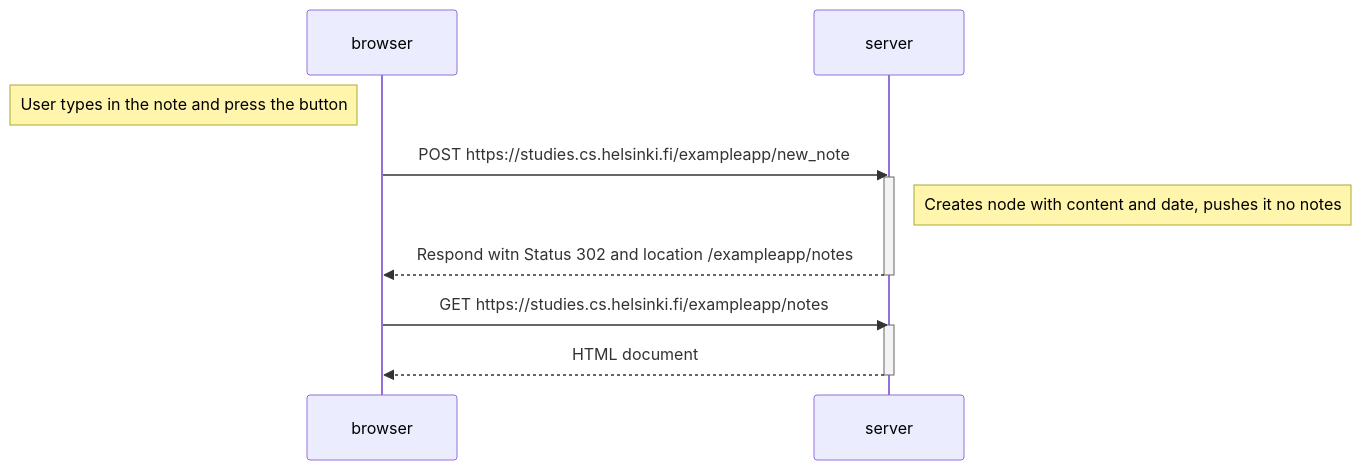
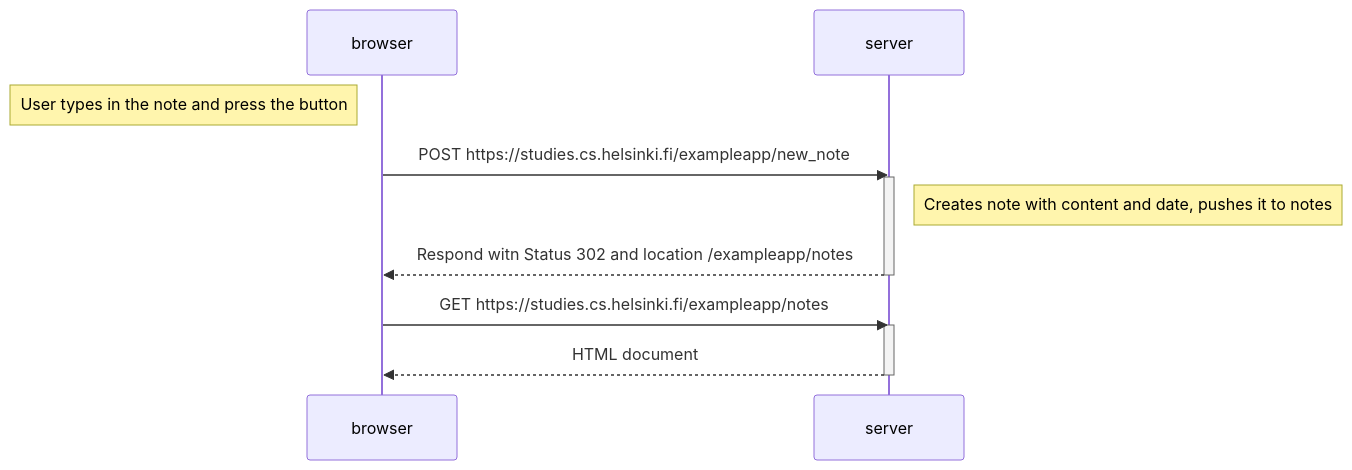
The diagram in part0/0.4.md (justanotherrandomuser386/fullstackopenexercises), drawn with Mermaid before and after one commit.

````diff
--- a/part0/0.4.md
+++ b/part0/0.4.md
@@ -1,18 +1,18 @@
 ```mermaid
 sequenceDiagram
   participant browser
   participant server
 
   Note left of browser: User types in the note and press the button
 
   browser->>server: POST https://studies.cs.helsinki.fi/exampleapp/new_note
   activate server
-  Note right of server: Creates node with content and date, pushes it no notes
+  Note right of server: Creates note with content and date, pushes it to notes
   server-->>browser: Respond witn Status 302 and location /exampleapp/notes
   deactivate server
 
   browser->>server: GET https://studies.cs.helsinki.fi/exampleapp/notes
   activate server
   server-->>browser: HTML document
   deactivate server
 ```
````
